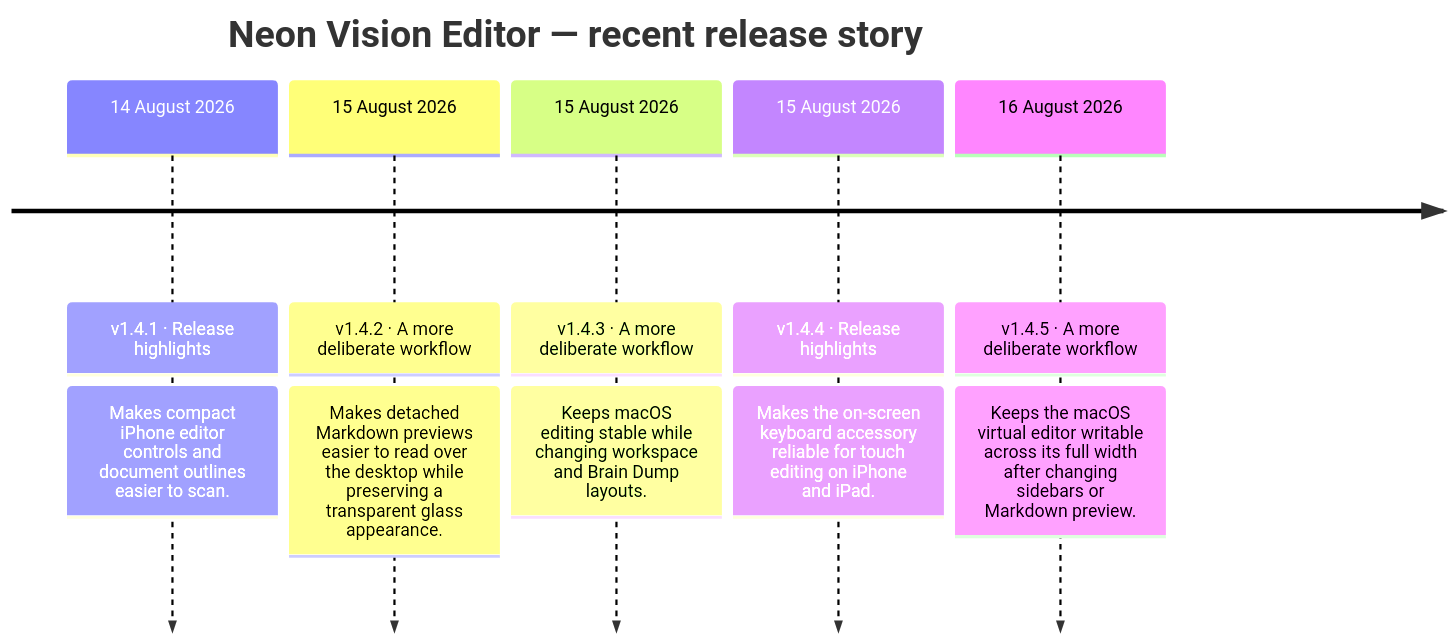
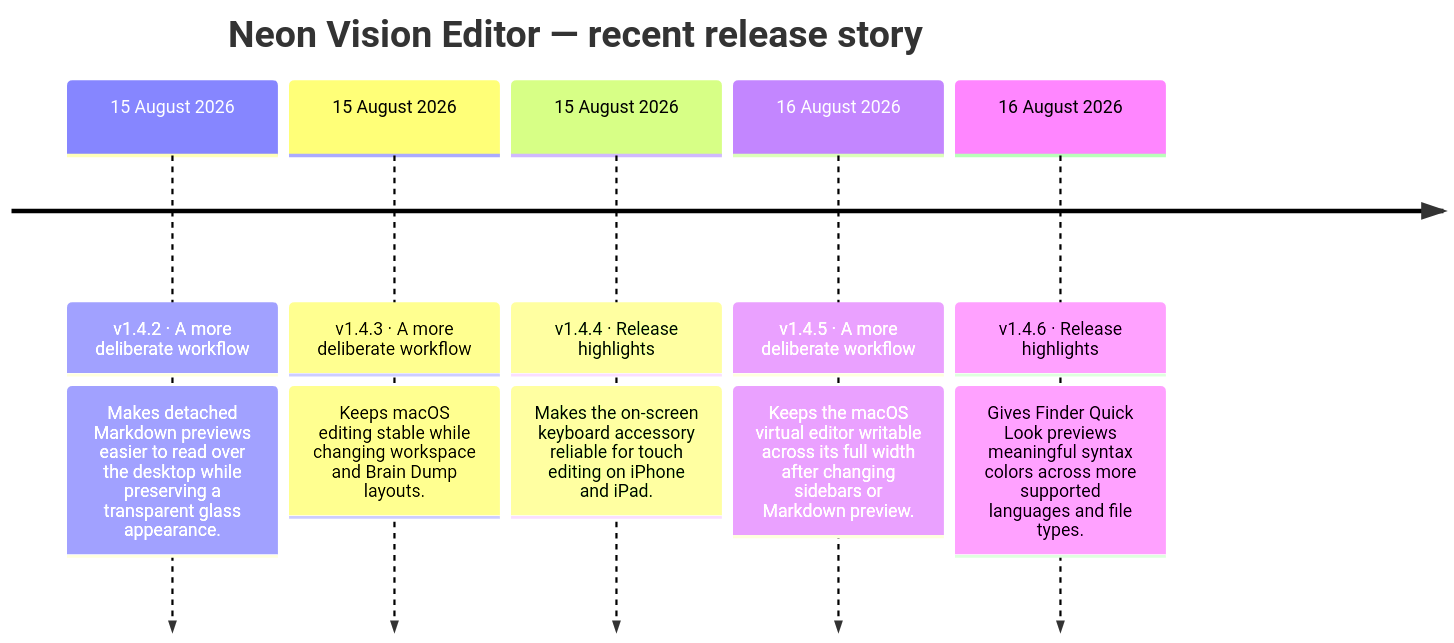
The second of 2 diagrams in README.md (h3pdesign/Neon-Vision-Editor), drawn with Mermaid before and after one commit. The commit also changed other lines of this file and 11 other files, not shown here.

````diff
--- a/README.md
+++ b/README.md
@@ -776,14 +776,14 @@
 ```mermaid
 timeline
     title Neon Vision Editor — recent release story
-    14 August 2026 : v1.4.1 · Release highlights
-                : Makes compact iPhone editor controls and document outlines easier to scan.
     15 August 2026 : v1.4.2 · A more deliberate workflow
                 : Makes detached Markdown previews easier to read over the desktop while preserving a transparent glass appearance.
     15 August 2026 : v1.4.3 · A more deliberate workflow
                 : Keeps macOS editing stable while changing workspace and Brain Dump layouts.
     15 August 2026 : v1.4.4 · Release highlights
                 : Makes the on-screen keyboard accessory reliable for touch editing on iPhone and iPad.
     16 August 2026 : v1.4.5 · A more deliberate workflow
                 : Keeps the macOS virtual editor writable across its full width after changing sidebars or Markdown preview.
+    16 August 2026 : v1.4.6 · Release highlights
+                : Gives Finder Quick Look previews meaningful syntax colors across more supported languages and file types.
 ```
````
